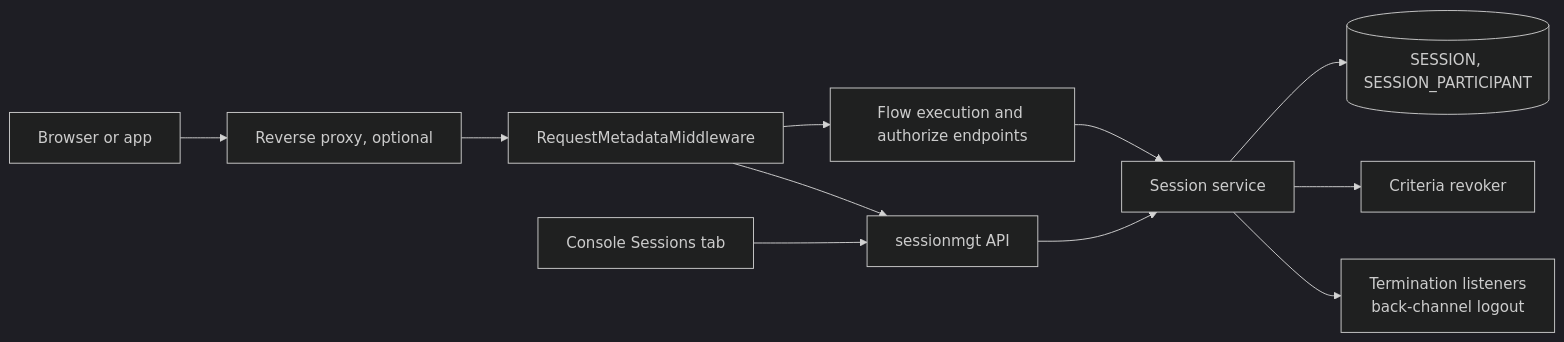
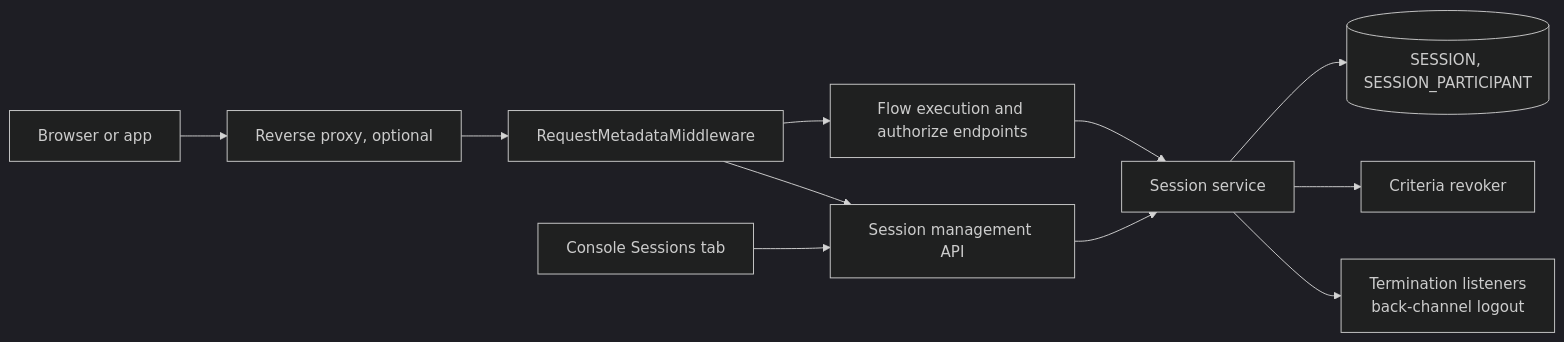
One commit to thunder-id/thunderid changed the diagram in docs-internals/sso-session-management/spec.md. Above: the diagram before and after it, drawn with Mermaid (dark theme). The commit also changed other lines of this file and 37 other files, not shown here.

````diff
--- a/docs-internals/sso-session-management/spec.md
+++ b/docs-internals/sso-session-management/spec.md
@@ -58,13 +58,13 @@
 ```mermaid
 flowchart LR
     C[Browser or app] --> P[Reverse proxy, optional]
     P --> CIP[RequestMetadataMiddleware]
     CIP --> FE[Flow execution and authorize endpoints]
-    CIP --> API[sessionmgt API]
+    CIP --> API[Session management API]
     FE --> SS[Session service]
     API --> SS
     SS --> DB[(SESSION, SESSION_PARTICIPANT)]
     SS --> REV[Criteria revoker]
     SS --> BCL[Termination listeners<br/>back-channel logout]
     CON[Console Sessions tab] --> API
 ```
````
